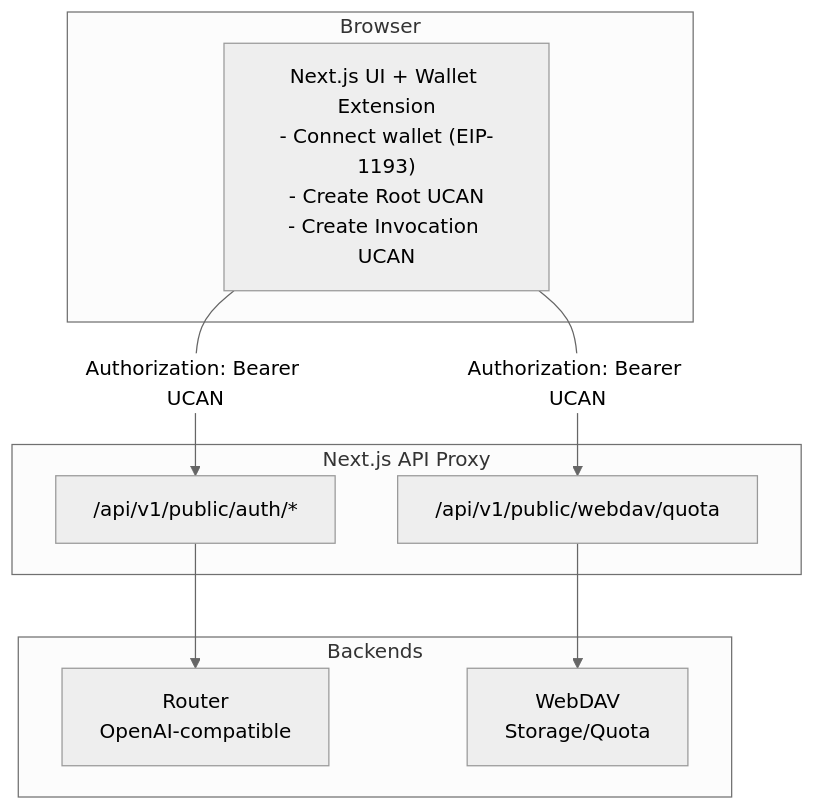
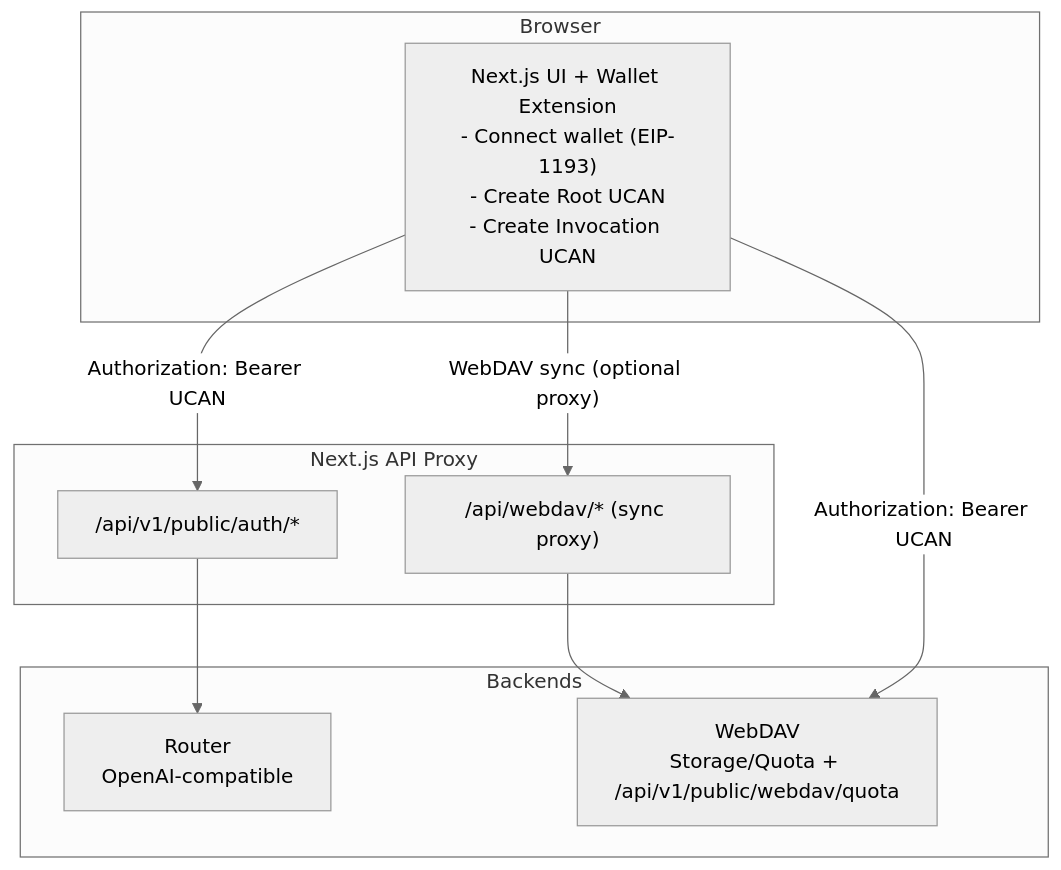
Before and after one commit to yeying-community/chat: the diagram in docs/architecture-en.md, drawn with Mermaid (neutral theme). The commit also changed other lines of this file and 5 other files, not shown here.

Commit message:
remove webdav quota proxy route

````diff
--- a/docs/architecture-en.md
+++ b/docs/architecture-en.md
@@ -7,18 +7,19 @@
 ```mermaid
 flowchart TB
   subgraph Browser["Browser"]
     UI["Next.js UI + Wallet Extension<br/>- Connect wallet (EIP-1193)<br/>- Create Root UCAN<br/>- Create Invocation UCAN"]
   end
   subgraph Proxy["Next.js API Proxy"]
     AUTH["/api/v1/public/auth/*"]
-    WEBDAVQ["/api/v1/public/webdav/quota"]
+    WEBDAVSYNC["/api/webdav/* (sync proxy)"]
   end
   subgraph Backends["Backends"]
     ROUTER["Router<br/>OpenAI-compatible"]
-    WEBDAV["WebDAV<br/>Storage/Quota"]
+    WEBDAV["WebDAV<br/>Storage/Quota + /api/v1/public/webdav/quota"]
   end
   UI -->|"Authorization: Bearer UCAN"| AUTH
-  UI -->|"Authorization: Bearer UCAN"| WEBDAVQ
+  UI -->|"Authorization: Bearer UCAN"| WEBDAV
+  UI -->|"WebDAV sync (optional proxy)"| WEBDAVSYNC
   AUTH --> ROUTER
-  WEBDAVQ --> WEBDAV
+  WEBDAVSYNC --> WEBDAV
 ```
````
